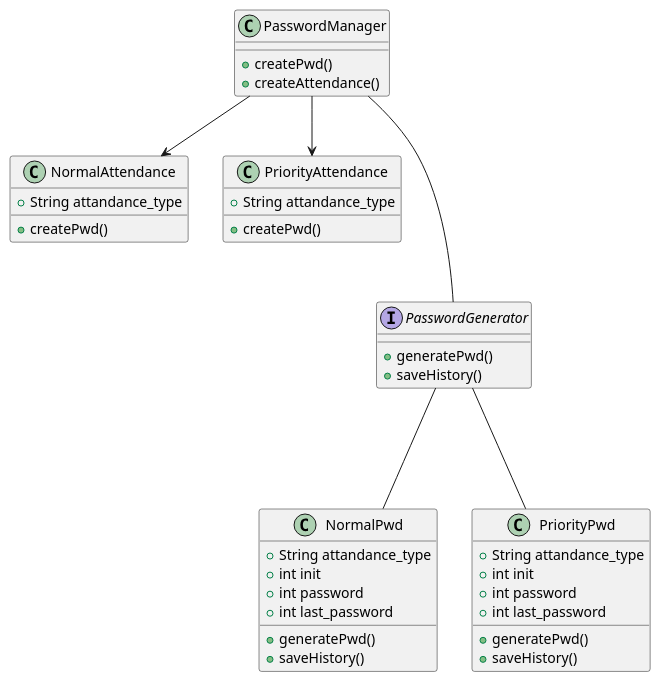
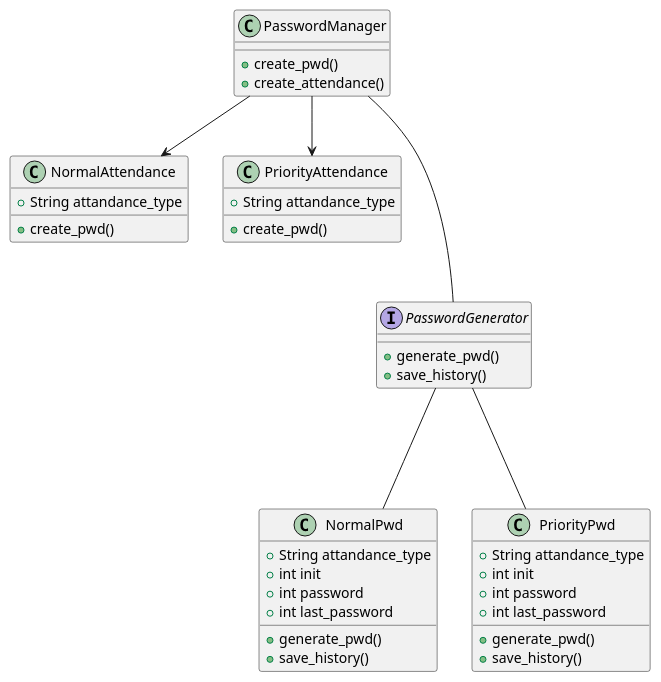
The diagram in schema_password_generator.plantuml (davieduardo94/attendance_pass_manager), drawn with PlantUML before and after one commit. The commit also changed 2 other files, not shown here.

```diff
--- a/schema_password_generator.plantuml
+++ b/schema_password_generator.plantuml
@@ -1,52 +1,52 @@
 @startuml Senha
 
 class PasswordManager {
-    +createPwd()
-    +createAttendance()
+    +create_pwd()
+    +create_attendance()
 }
 
 
 class NormalAttendance{
     +String attandance_type
     
-    +createPwd()
+    +create_pwd()
 }
 
 class PriorityAttendance{
     +String attandance_type
     
-    +createPwd()
+    +create_pwd()
 }
 
 interface PasswordGenerator{
-    +generatePwd()
-    +saveHistory()
+    +generate_pwd()
+    +save_history()
 }
 
 class NormalPwd{
     +String attandance_type
     +int init
     +int password
     +int last_password
 
-    +generatePwd()
-    +saveHistory()
+    +generate_pwd()
+    +save_history()
 }
 
 class PriorityPwd {
     +String attandance_type
     +int init
     +int password
     +int last_password
 
-    +generatePwd()
-    +saveHistory()
+    +generate_pwd()
+    +save_history()
 }
 
 PasswordGenerator --- NormalPwd
 PasswordGenerator --- PriorityPwd
 PasswordManager --- PasswordGenerator
 PasswordManager --> NormalAttendance
 PasswordManager --> PriorityAttendance
 
 @enduml
```
